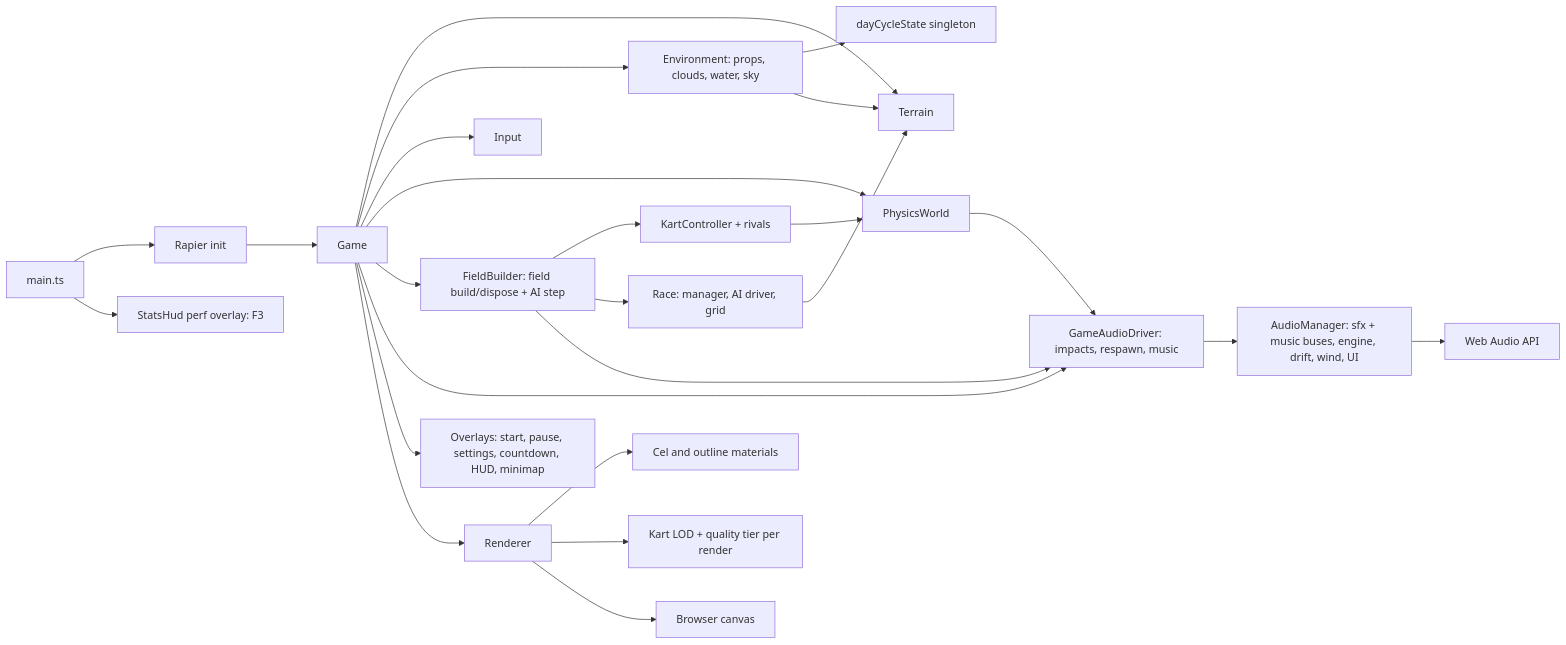
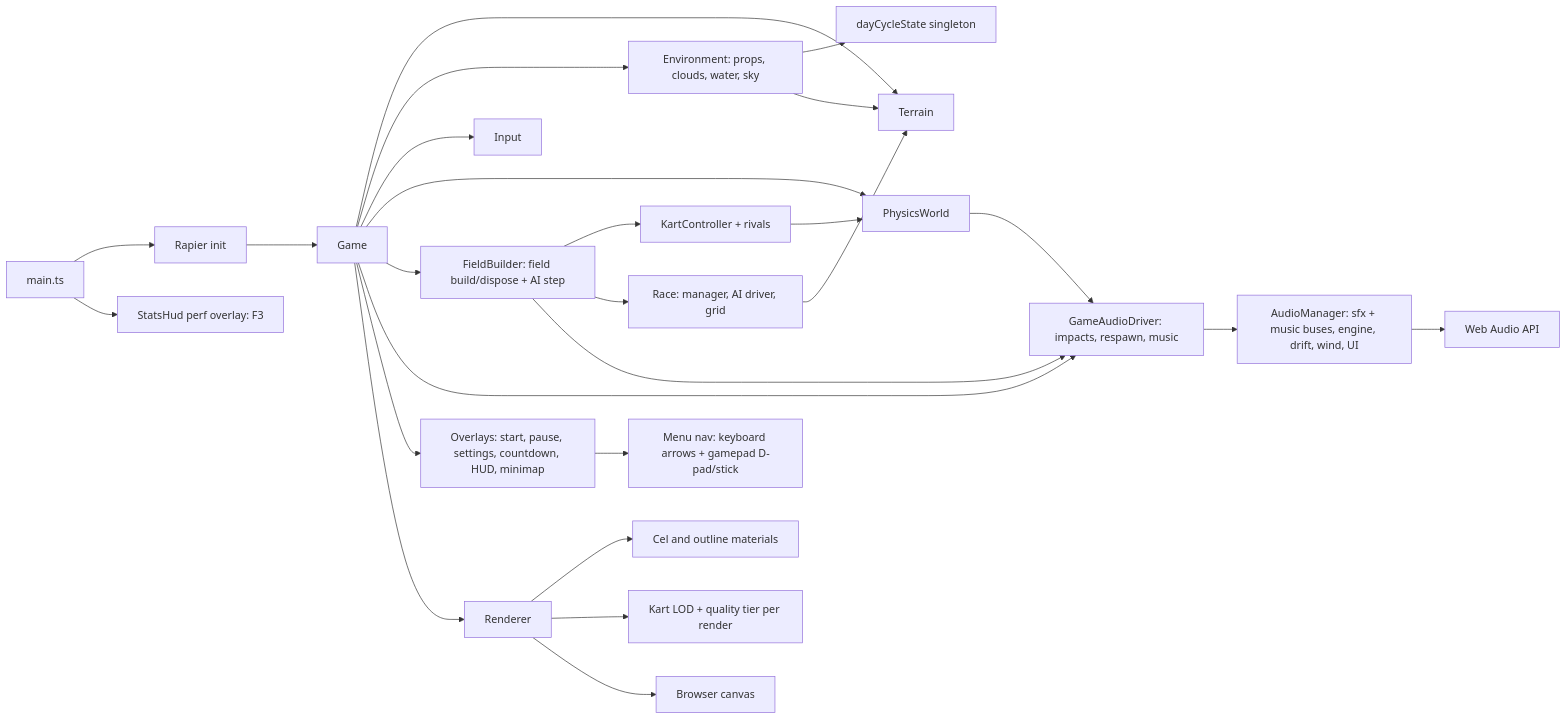
One commit to jjgroenendijk/cart-game changed the diagram in AGENTS.md. Above: the diagram before and after it, drawn with Mermaid.

Commit message:
docs(agents): note shared menu nav in runtime flow
Context
The UI overlays gained a shared keyboard + gamepad menu navigator (012
commit 7), and ~1000 more LOC changed since the last root AGENTS.md touch.

Change
Add a menuNav node to the root AGENTS.md runtime flow (consumed by the
start/pause/settings overlays). Resets the 1000-LOC governance counter.

Impact/Risk
Docs only; no code or behavior change.

````diff
--- a/AGENTS.md
+++ b/AGENTS.md
@@ -23,27 +23,28 @@
 ```mermaid
 flowchart LR
   main[main.ts] --> rapier[Rapier init]
   rapier --> game[Game]
   game --> terrain[Terrain]
   game --> env[Environment: props, clouds, water, sky]
   env --> dayCycle[dayCycleState singleton]
   env --> terrain
   game --> input[Input]
   game --> physics[PhysicsWorld]
   game --> field[FieldBuilder: field build/dispose + AI step]
   field --> kart[KartController + rivals]
   field --> race[Race: manager, AI driver, grid]
   kart --> physics
   race --> terrain
   game --> gameAudio[GameAudioDriver: impacts, respawn, music]
   field --> gameAudio
   physics --> gameAudio
   gameAudio --> audio[AudioManager: sfx + music buses, engine, drift, wind, UI]
   audio --> webaudio[Web Audio API]
   game --> ui[Overlays: start, pause, settings, countdown, HUD, minimap]
+  ui --> menuNav[Menu nav: keyboard arrows + gamepad D-pad/stick]
   game --> renderer[Renderer]
   renderer --> materials[Cel and outline materials]
   renderer --> lod[Kart LOD + quality tier per render]
   renderer --> canvas[Browser canvas]
   main --> statsHud[StatsHud perf overlay: F3]
 ```
````
